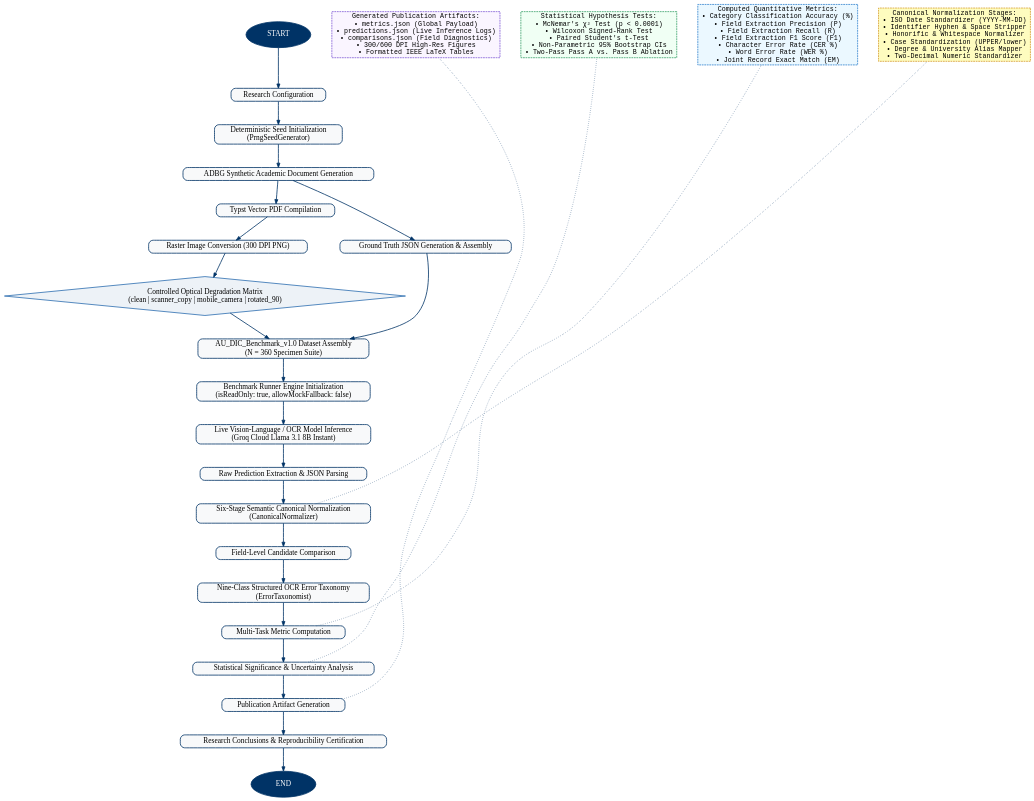
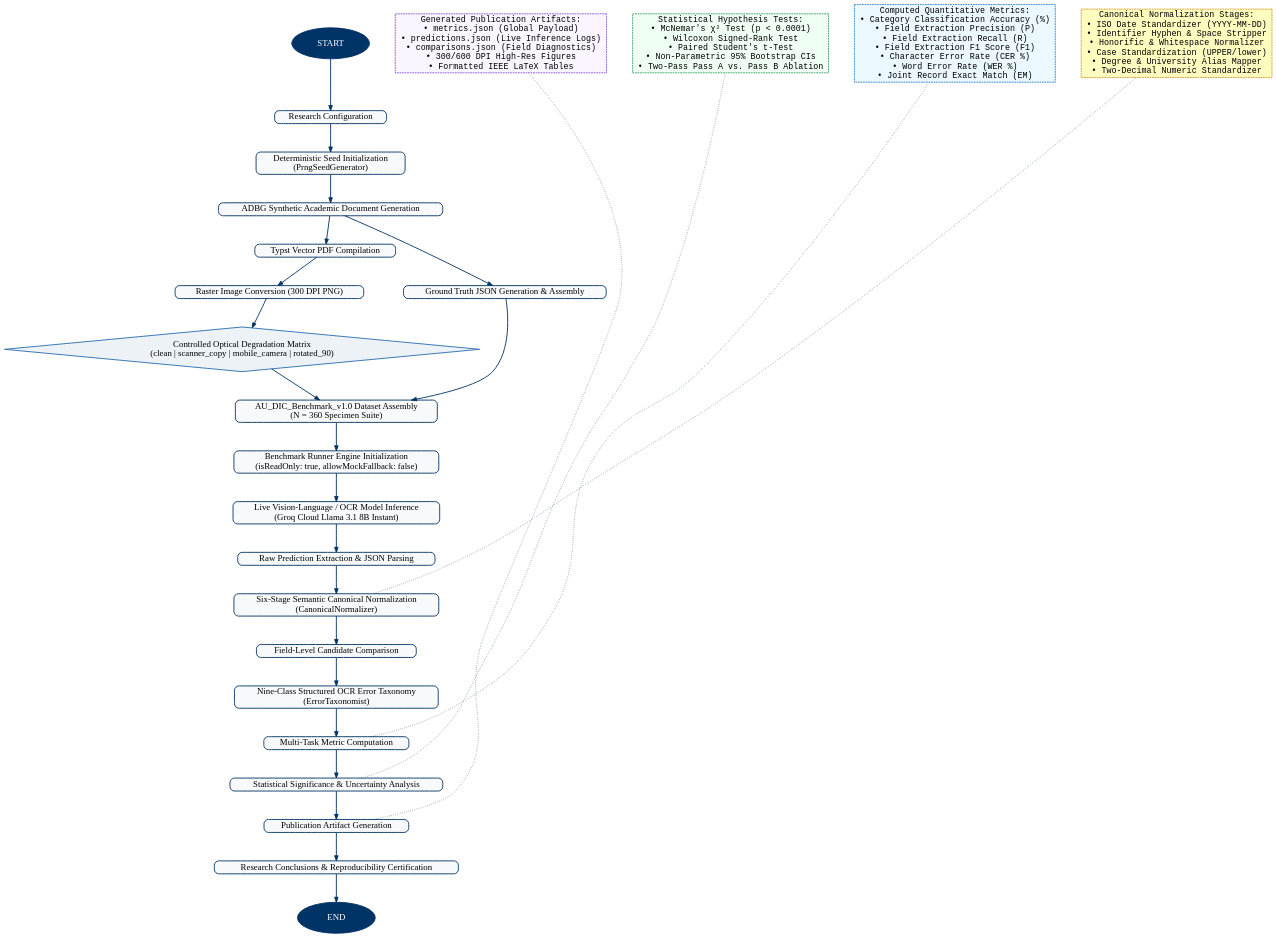
Before and after one commit to aashishrajput9838/academicuniverse: the diagram in methodology_workflow.dot, drawn with Graphviz. The commit also changed 5 other files, not shown here.

First line of the commit message:
style(figure2): Fix flowchart clipping with expanded canvas bounds (-70 to 270) and boost text size by another +5pt (Total +15pt)

```diff
--- a/methodology_workflow.dot
+++ b/methodology_workflow.dot
@@ -1,54 +1,54 @@
 digraph G {
-    graph [rankdir=TB, nodesep=0.8, ranksep=0.9, fontname="Times-Roman", fontsize=21, compound=true];
-    node [shape=box, style="rounded,filled", fillcolor="#F8F9FA", color="#003366", penwidth=2.2, fontname="Times-Roman", fontsize=20.5];
-    edge [color="#003366", penwidth=2.2, arrowsize=1.2];
+    graph [rankdir=TB, nodesep=1.0, ranksep=1.1, fontname="Times-Roman", fontsize=26, compound=true];
+    node [shape=box, style="rounded,filled", fillcolor="#F8F9FA", color="#003366", penwidth=2.5, fontname="Times-Roman", fontsize=24.5];
+    edge [color="#003366", penwidth=2.5, arrowsize=1.4];
 
     // Start / End nodes
-    start [label="START", shape=oval, fillcolor="#003366", fontcolor="#FFFFFF", style=filled, width=2.5, height=1.0];
-    end [label="END", shape=oval, fillcolor="#003366", fontcolor="#FFFFFF", style=filled, width=2.5, height=1.0];
+    start [label="START", shape=oval, fillcolor="#003366", fontcolor="#FFFFFF", style=filled, width=3.0, height=1.2];
+    end [label="END", shape=oval, fillcolor="#003366", fontcolor="#FFFFFF", style=filled, width=3.0, height=1.2];
 
     // Main Workflow Nodes
     config [label="Research Configuration"];
     seed [label="Deterministic Seed Initialization\n(PrngSeedGenerator)"];
     adbg [label="ADBG Synthetic Academic Document Generation"];
     typst [label="Typst Vector PDF Compilation"];
     gt_json [label="Ground Truth JSON Generation & Assembly"];
     raster [label="Raster Image Conversion (300 DPI PNG)"];
     
     degradation [label="Controlled Optical Degradation Matrix\n(clean | scanner_copy | mobile_camera | rotated_90)", shape=diamond, style=filled, fillcolor="#EDF2F7", color="#2B6CB0"];
     
     dataset [label="AU_DIC_Benchmark_v1.0 Dataset Assembly\n(N = 360 Specimen Suite)"];
     runner [label="Benchmark Runner Engine Initialization\n(isReadOnly: true, allowMockFallback: false)"];
     inference [label="Live Vision-Language / OCR Model Inference\n(Groq Cloud Llama 3.1 8B Instant)"];
     prediction [label="Raw Prediction Extraction & JSON Parsing"];
     normalizer [label="Six-Stage Semantic Canonical Normalization\n(CanonicalNormalizer)"];
     comparator [label="Field-Level Candidate Comparison"];
     taxonomy [label="Nine-Class Structured OCR Error Taxonomy\n(ErrorTaxonomist)"];
     metrics [label="Multi-Task Metric Computation"];
     stats [label="Statistical Significance & Uncertainty Analysis"];
     artifacts [label="Publication Artifact Generation"];
     conclusions [label="Research Conclusions & Reproducibility Certification"];
 
     // Callout / Annotation Boxes
-    norm_callout [label="Canonical Normalization Stages:\n• ISO Date Standardizer (YYYY-MM-DD)\n• Identifier Hyphen & Space Stripper\n• Honorific & Whitespace Normalizer\n• Case Standardization (UPPER/lower)\n• Degree & University Alias Mapper\n• Two-Decimal Numeric Standardizer", shape=box, style="dashed,filled", fillcolor="#FEFCBF", color="#D69E2E", fontname="Courier", fontsize=18.5];
+    norm_callout [label="Canonical Normalization Stages:\n• ISO Date Standardizer (YYYY-MM-DD)\n• Identifier Hyphen & Space Stripper\n• Honorific & Whitespace Normalizer\n• Case Standardization (UPPER/lower)\n• Degree & University Alias Mapper\n• Two-Decimal Numeric Standardizer", shape=box, style="dashed,filled", fillcolor="#FEFCBF", color="#D69E2E", fontname="Courier", fontsize=23.2];
     
-    metric_callout [label="Computed Quantitative Metrics:\n• Category Classification Accuracy (%)\n• Field Extraction Precision (P)\n• Field Extraction Recall (R)\n• Field Extraction F1 Score (F1)\n• Character Error Rate (CER %)\n• Word Error Rate (WER %)\n• Joint Record Exact Match (EM)", shape=box, style="dashed,filled", fillcolor="#EBF8FF", color="#3182CE", fontname="Courier", fontsize=18.5];
+    metric_callout [label="Computed Quantitative Metrics:\n• Category Classification Accuracy (%)\n• Field Extraction Precision (P)\n• Field Extraction Recall (R)\n• Field Extraction F1 Score (F1)\n• Character Error Rate (CER %)\n• Word Error Rate (WER %)\n• Joint Record Exact Match (EM)", shape=box, style="dashed,filled", fillcolor="#EBF8FF", color="#3182CE", fontname="Courier", fontsize=23.2];
     
-    stats_callout [label="Statistical Hypothesis Tests:\n• McNemar's χ² Test (p < 0.0001)\n• Wilcoxon Signed-Rank Test\n• Paired Student's t-Test\n• Non-Parametric 95% Bootstrap CIs\n• Two-Pass Pass A vs. Pass B Ablation", shape=box, style="dashed,filled", fillcolor="#F0FFF4", color="#38A169", fontname="Courier", fontsize=18.5];
+    stats_callout [label="Statistical Hypothesis Tests:\n• McNemar's χ² Test (p < 0.0001)\n• Wilcoxon Signed-Rank Test\n• Paired Student's t-Test\n• Non-Parametric 95% Bootstrap CIs\n• Two-Pass Pass A vs. Pass B Ablation", shape=box, style="dashed,filled", fillcolor="#F0FFF4", color="#38A169", fontname="Courier", fontsize=23.2];
 
-    artifact_callout [label="Generated Publication Artifacts:\n• metrics.json (Global Payload)\n• predictions.json (Live Inference Logs)\n• comparisons.json (Field Diagnostics)\n• 300/600 DPI High-Res Figures\n• Formatted IEEE LaTeX Tables", shape=box, style="dashed,filled", fillcolor="#FAF5FF", color="#805AD5", fontname="Courier", fontsize=18.5];
+    artifact_callout [label="Generated Publication Artifacts:\n• metrics.json (Global Payload)\n• predictions.json (Live Inference Logs)\n• comparisons.json (Field Diagnostics)\n• 300/600 DPI High-Res Figures\n• Formatted IEEE LaTeX Tables", shape=box, style="dashed,filled", fillcolor="#FAF5FF", color="#805AD5", fontname="Courier", fontsize=23.2];
 
     // Sequential Flow Connections
     start -> config -> seed -> adbg;
     adbg -> typst;
     adbg -> gt_json;
     typst -> raster -> degradation;
     gt_json -> dataset;
     degradation -> dataset -> runner -> inference -> prediction -> normalizer -> comparator -> taxonomy -> metrics -> stats -> artifacts -> conclusions -> end;
 
     // Callout Dotted Connections
     normalizer -> norm_callout [style=dotted, arrowhead=none, constraint=false];
     metrics -> metric_callout [style=dotted, arrowhead=none, constraint=false];
     stats -> stats_callout [style=dotted, arrowhead=none, constraint=false];
     artifacts -> artifact_callout [style=dotted, arrowhead=none, constraint=false];
 }
```
